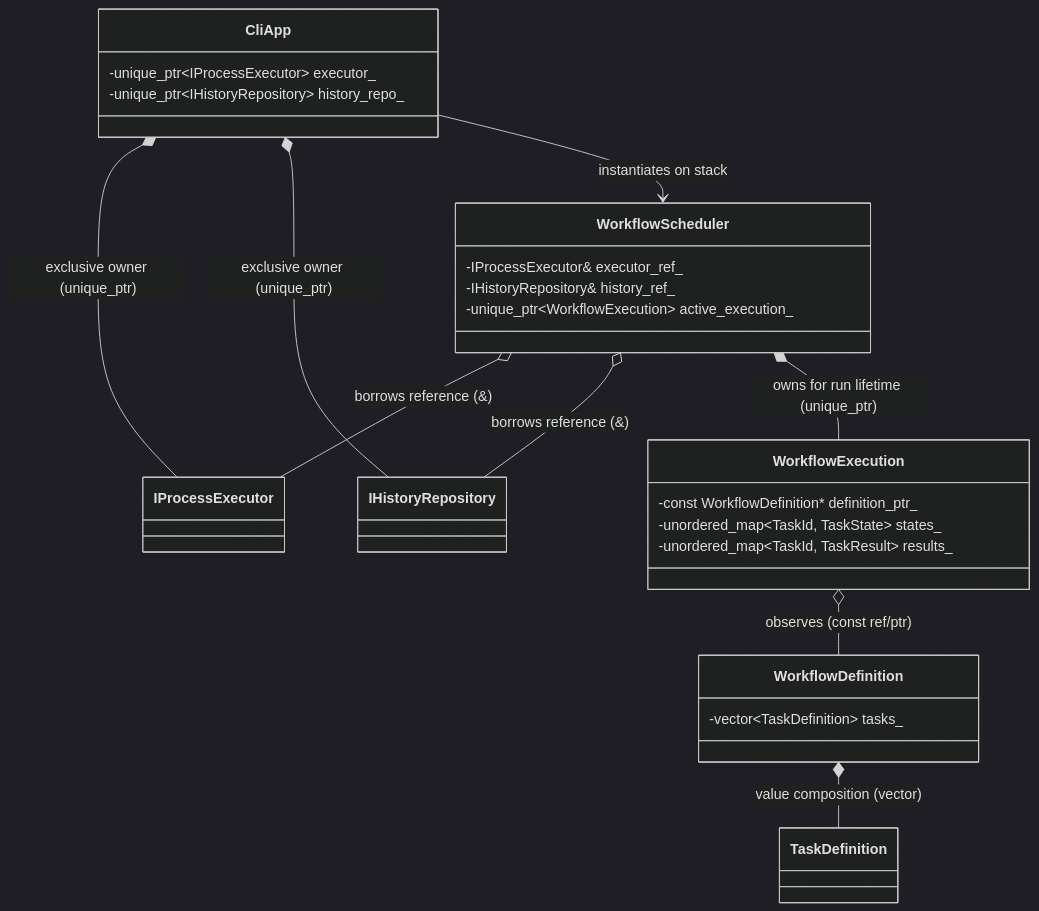
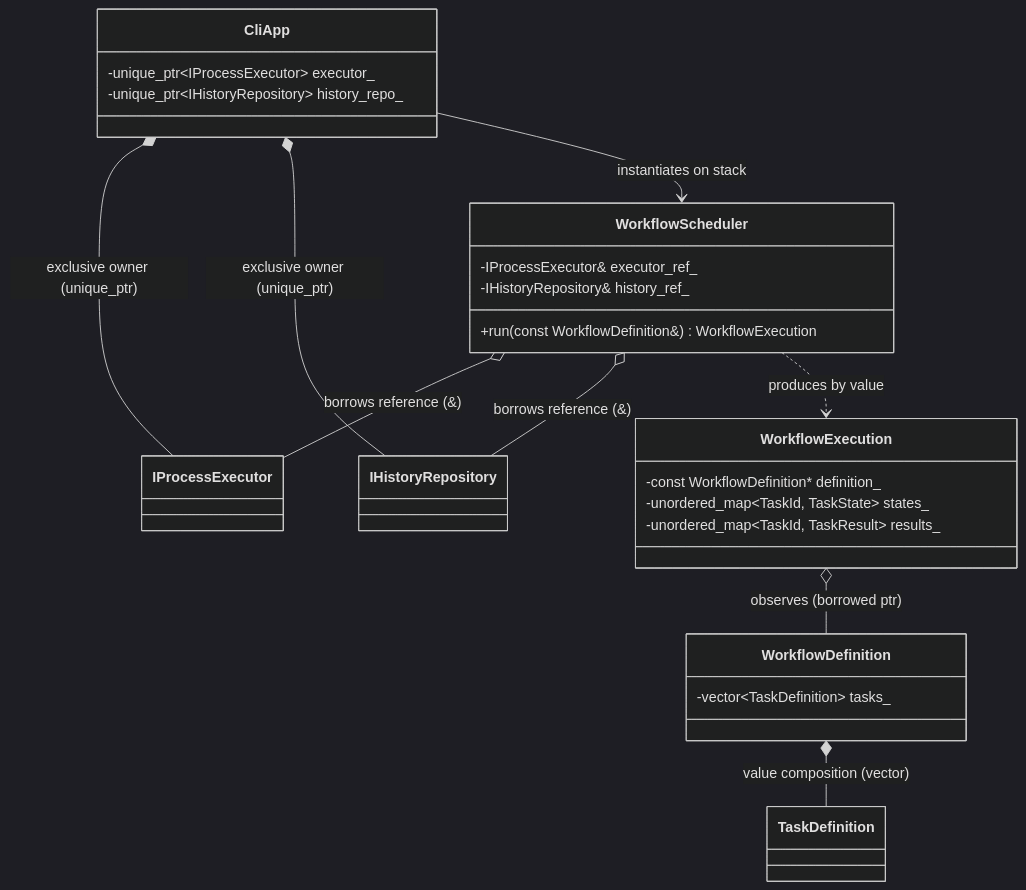
The third of 4 diagrams in docs/architecture.md (vishalpalepu/TaskForge), drawn with Mermaid (dark theme) before and after one commit. The commit also changed other lines of this file and 6 other files, not shown here.

Commit message:
docs: add comprehensive domain model, architectural overview, and architectural decision records (ADRs)

````diff
--- a/docs/architecture.md
+++ b/docs/architecture.md
@@ -133,30 +133,30 @@
 ```mermaid
 classDiagram
     direction TB
     class CliApp {
         -unique_ptr~IProcessExecutor~ executor_
         -unique_ptr~IHistoryRepository~ history_repo_
     }
     class WorkflowScheduler {
         -IProcessExecutor& executor_ref_
         -IHistoryRepository& history_ref_
-        -unique_ptr~WorkflowExecution~ active_execution_
+        +run(const WorkflowDefinition&) WorkflowExecution
     }
     class WorkflowExecution {
-        -const WorkflowDefinition* definition_ptr_
+        -const WorkflowDefinition* definition_
         -unordered_map~TaskId, TaskState~ states_
         -unordered_map~TaskId, TaskResult~ results_
     }
     class WorkflowDefinition {
         -vector~TaskDefinition~ tasks_
     }
 
     CliApp *-- IProcessExecutor : exclusive owner (unique_ptr)
     CliApp *-- IHistoryRepository : exclusive owner (unique_ptr)
     CliApp --> WorkflowScheduler : instantiates on stack
     WorkflowScheduler o-- IProcessExecutor : borrows reference (&)
     WorkflowScheduler o-- IHistoryRepository : borrows reference (&)
-    WorkflowScheduler *-- WorkflowExecution : owns for run lifetime (unique_ptr)
-    WorkflowExecution o-- WorkflowDefinition : observes (const ref/ptr)
+    WorkflowScheduler ..> WorkflowExecution : produces by value
+    WorkflowExecution o-- WorkflowDefinition : observes (borrowed ptr)
     WorkflowDefinition *-- TaskDefinition : value composition (vector)
 ```
````
